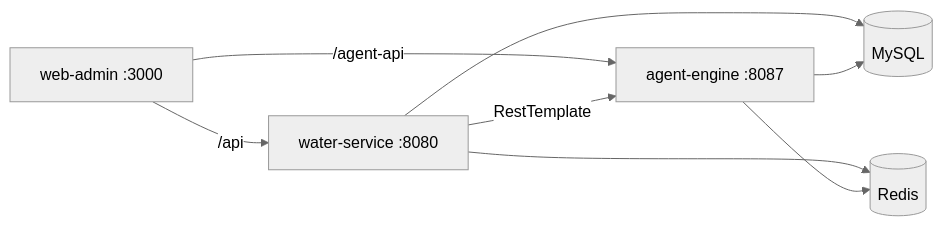
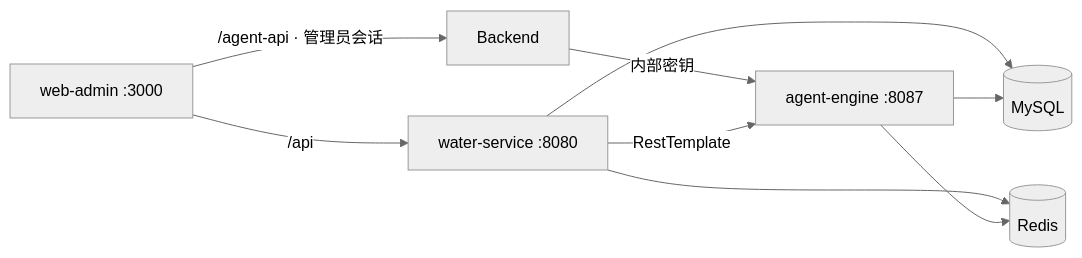
The diagram in PROJECT_OVERVIEW.md (hjdnzjh/ccb), drawn with Mermaid (neutral theme) before and after one commit. The commit also changed other lines of this file and 183 other files, not shown here.

````diff
--- a/PROJECT_OVERVIEW.md
+++ b/PROJECT_OVERVIEW.md
@@ -85,10 +89,11 @@
 ```mermaid
 flowchart LR
   WebAdmin["web-admin :3000"] -->|"/api"| WaterSvc["water-service :8080"]
-  WebAdmin -->|"/agent-api"| AgentEng["agent-engine :8087"]
+  WebAdmin -->|"/agent-api · 管理员会话"| Backend
+  Backend -->|"内部密钥"| AgentEng["agent-engine :8087"]
   WaterSvc -->|RestTemplate| AgentEng
   WaterSvc --> MySQL[(MySQL)]
   WaterSvc --> Redis[(Redis)]
   AgentEng --> MySQL
   AgentEng --> Redis
 ```
````
